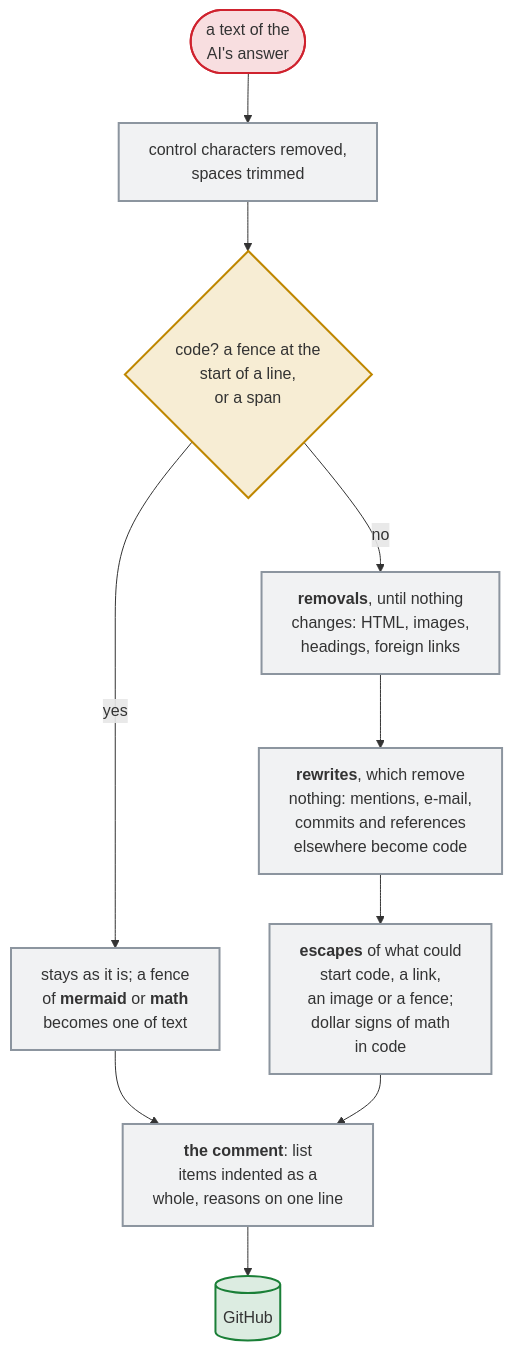
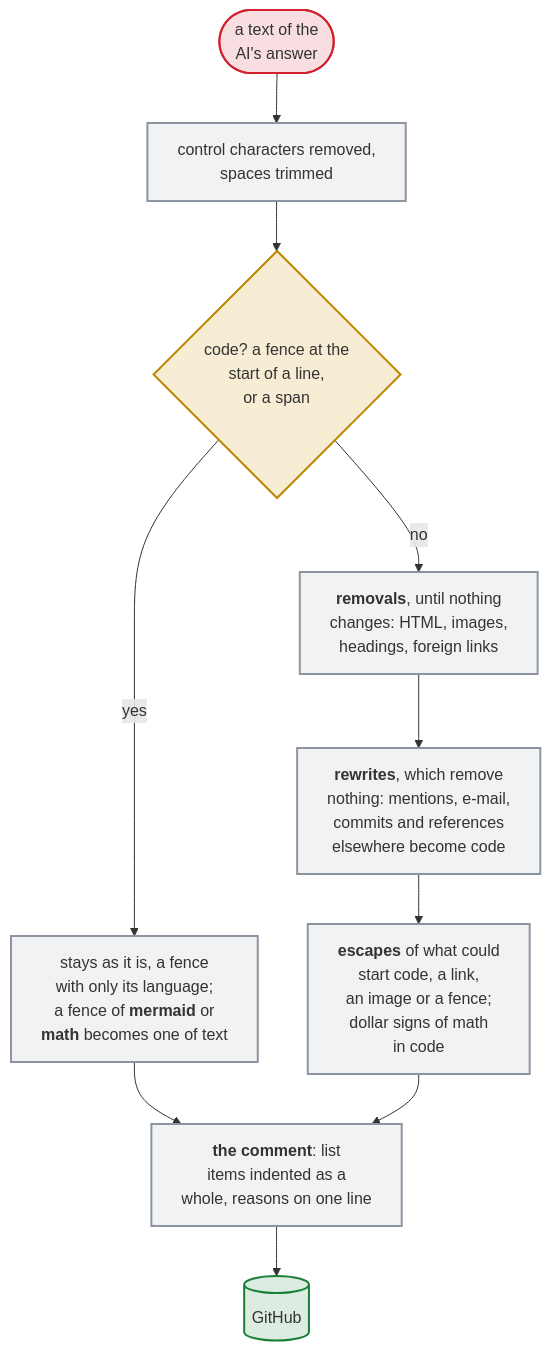
One commit to Dennis-Otto/issue-assistant changed the diagram in docs/diagrams/how-the-apply-job-cleans-a-text-of-the-ai.mmd. Above: the diagram before and after it, drawn with Mermaid. The commit also changed 20 other files, not shown here.

First line of the commit message:
fix(context): the AI no longer reads the words that GitHub hides on the row of a fence (#524)

```diff
--- a/docs/diagrams/how-the-apply-job-cleans-a-text-of-the-ai.mmd
+++ b/docs/diagrams/how-the-apply-job-cleans-a-text-of-the-ai.mmd
@@ -1,20 +1,20 @@
 flowchart TB
   accTitle: How the apply job cleans a text of the AI
-  accDescr: The job removes control characters and trims the text, then splits it into code and the text around the code. Code stays as it is, but fenced code that GitHub would draw as a diagram, a map or a 3D model, or read as math, becomes code of the language text. In the text, the removals repeat until nothing changes; then the rewrites, which remove nothing, turn what GitHub would link elsewhere into code and keep allowed links and checked issue numbers. Last, characters that could start code, a link, an image or a fence are escaped, each dollar sign that could start or end math becomes code, and the parts go into the comment in a way that keeps code in code.
+  accDescr: The job removes control characters and trims the text, then splits it into code and the text around the code. Code stays as it is, but the row that opens fenced code keeps only a plain name of a language, and fenced code that GitHub would draw as a diagram, a map or a 3D model, or read as math, becomes code of the language text. In the text, the removals repeat until nothing changes; then the rewrites, which remove nothing, turn what GitHub would link elsewhere into code and keep allowed links and checked issue numbers. Last, characters that could start code, a link, an image or a fence are escaped, each dollar sign that could start or end math becomes code, and the parts go into the comment in a way that keeps code in code.
   answer(["a text of the<br>AI's answer"]) --> normal["control characters removed,<br>spaces trimmed"]
   normal --> split{"code? a fence at the<br>start of a line,<br>or a span"}
-  split -- "yes" --> code["`stays as it is; a fence<br>of **mermaid** or **math**<br>becomes one of text`"]
+  split -- "yes" --> code["`stays as it is, a fence<br>with only its language;<br>a fence of **mermaid** or<br>**math** becomes one of text`"]
   split -- "no" --> removals["`**removals**, until nothing<br>changes: HTML, images,<br>headings, foreign links`"]
   removals --> rewrites["`**rewrites**, which remove<br>nothing: mentions, e-mail,<br>commits and references<br>elsewhere become code`"]
   rewrites --> escapes["`**escapes** of what could<br>start code, a link,<br>an image or a fence;<br>dollar signs of math<br>in code`"]
   code --> comment["`**the comment**: list<br>items indented as a<br>whole, reasons on one line`"]
   escapes --> comment
   comment --> github[("GitHub")]
   classDef untrusted fill:#cf222e26,stroke:#cf222e,stroke-width:2px
   classDef question fill:#d4a72c33,stroke:#bf8700,stroke-width:2px
   classDef job fill:#8c959f1f,stroke:#8c959f,stroke-width:2px
   classDef safe fill:#1a7f3726,stroke:#1a7f37,stroke-width:2px
   class answer untrusted
   class split question
   class normal,code,removals,rewrites,escapes,comment job
   class github safe
```
